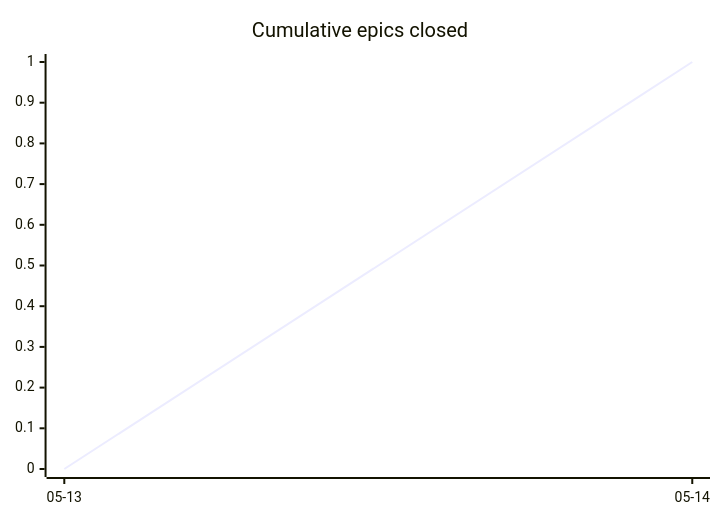
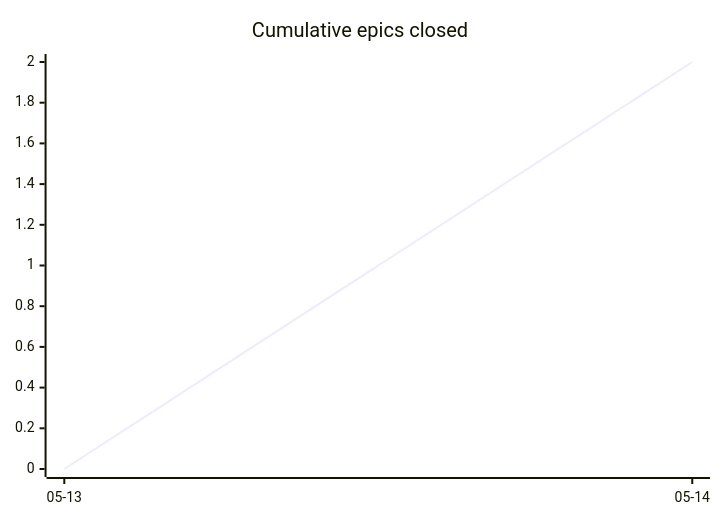
Before and after one commit to tgd1975/CircuitSmith: the second of 3 diagrams in docs/developers/tasks/OVERVIEW.md, drawn with Mermaid. The commit also changed other lines of this file and 13 other files, not shown here.

````diff
--- a/docs/developers/tasks/OVERVIEW.md
+++ b/docs/developers/tasks/OVERVIEW.md
@@ -30,6 +30,6 @@
 ```mermaid
 xychart-beta
     title "Cumulative epics closed"
     x-axis ["05-13", "05-14"]
-    line [0, 1]
+    line [0, 2]
 ```
````
